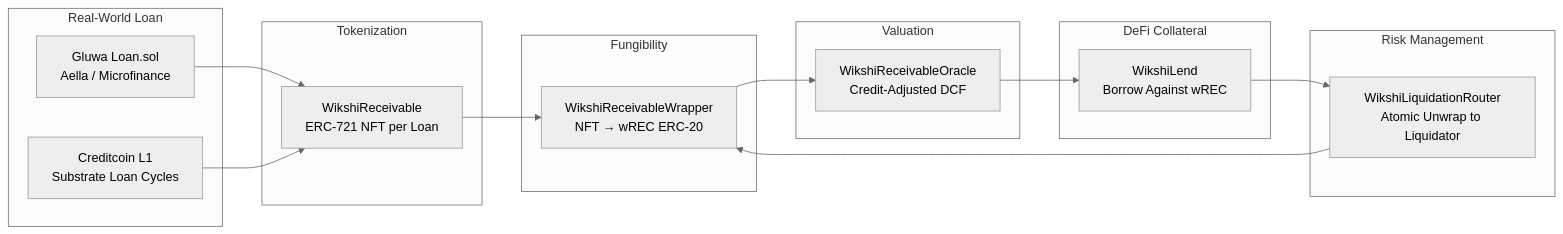
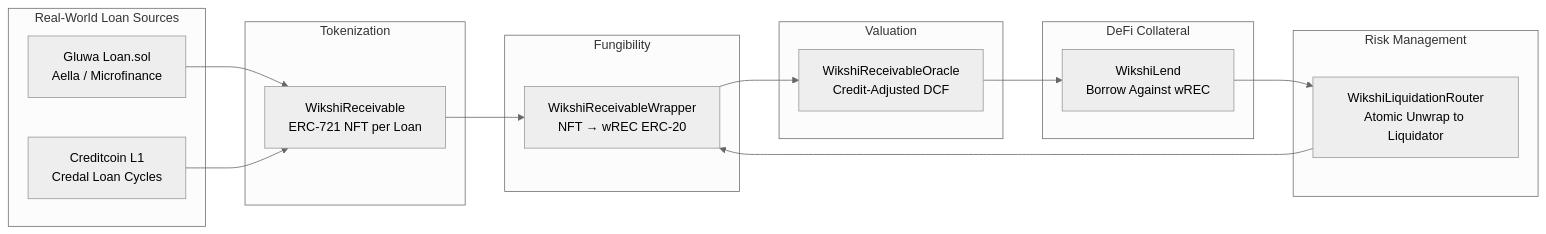
The fourth of 4 diagrams in README.md (Miny-Labs/wikshi), drawn with Mermaid (neutral theme) before and after one commit. The commit also changed other lines of this file, not shown here.

Commit message:
README: full Creditcoin integration depth across all sections

````diff
--- a/README.md
+++ b/README.md
@@ -177,35 +184,35 @@
 ```mermaid
 graph LR
-    subgraph External["Real-World Loan"]
+    subgraph External["Real-World Loan Sources"]
         GL[Gluwa Loan.sol<br/>Aella / Microfinance]
-        CL[Creditcoin L1<br/>Substrate Loan Cycles]
+        CL[Creditcoin L1<br/>Credal Loan Cycles]
     end
 
     subgraph Tokenize["Tokenization"]
         REC[WikshiReceivable<br/>ERC-721 NFT per Loan]
     end
 
     subgraph Wrap["Fungibility"]
         WREC[WikshiReceivableWrapper<br/>NFT → wREC ERC-20]
     end
 
     subgraph Value["Valuation"]
         ORC[WikshiReceivableOracle<br/>Credit-Adjusted DCF]
     end
 
     subgraph Lend["DeFi Collateral"]
         WL[WikshiLend<br/>Borrow Against wREC]
     end
 
     subgraph Liquidate["Risk Management"]
         LR[WikshiLiquidationRouter<br/>Atomic Unwrap to Liquidator]
     end
 
     GL --> REC
     CL --> REC
     REC --> WREC
     WREC --> ORC
     ORC --> WL
     WL --> LR
     LR --> WREC
 ```
````
